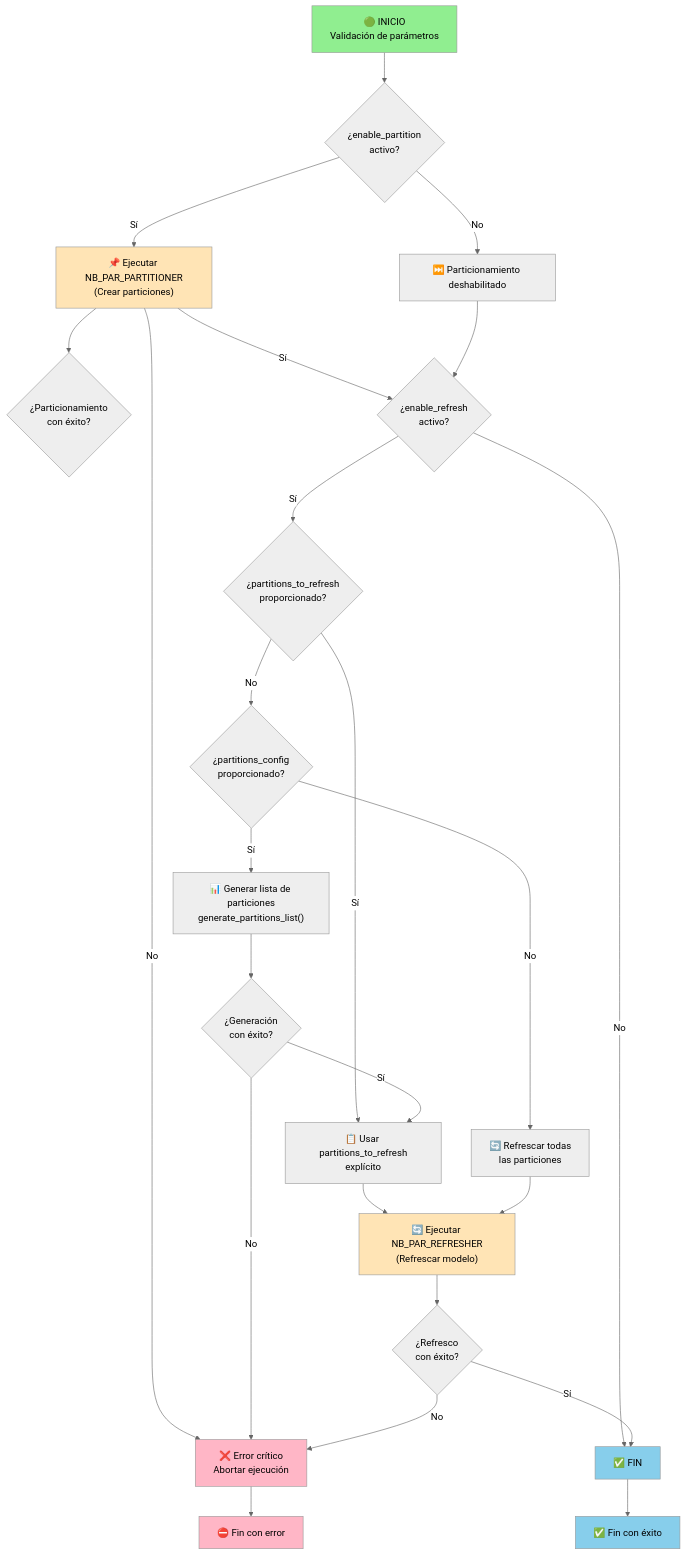
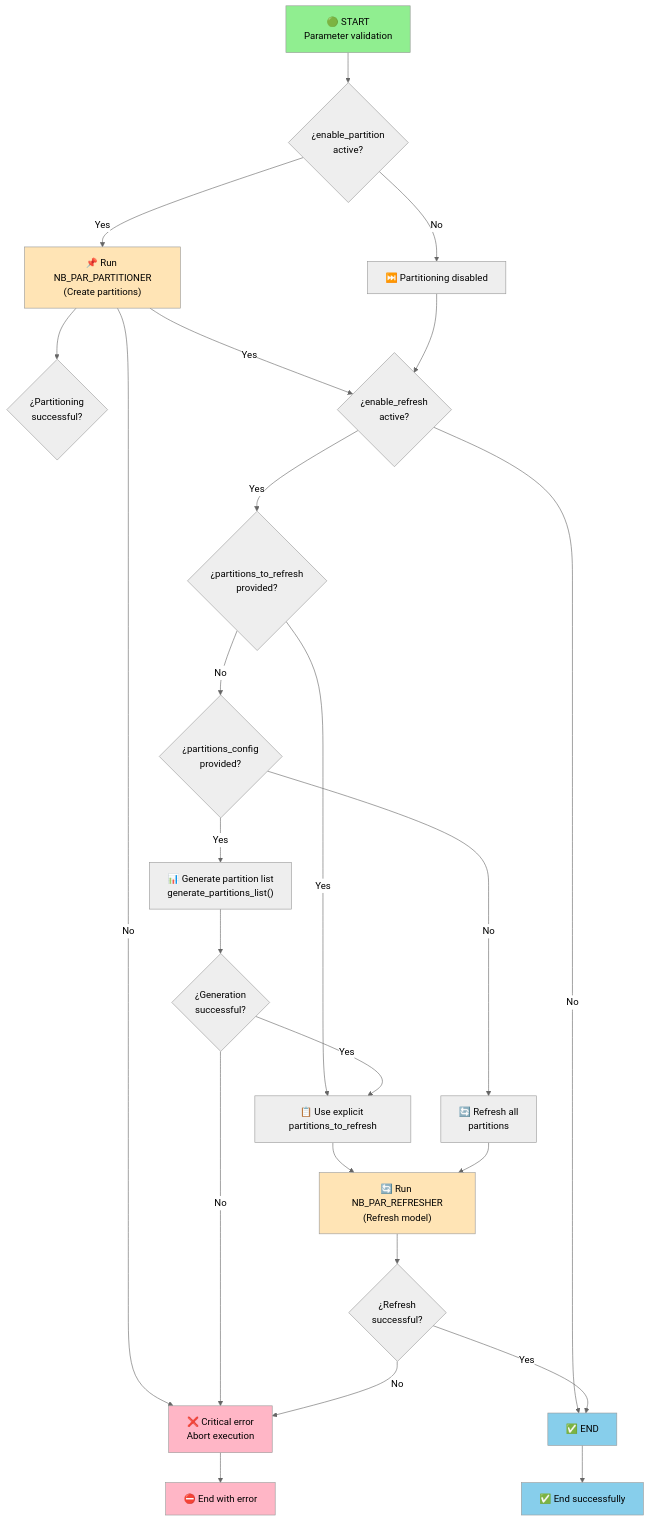
One commit to javendia/fabric-semantic-model-toolkit changed the diagram in src/REFRESHER/NB_PAR_ORCHESTRATOR.Notebook/README.md. Above: the diagram before and after it, drawn with Mermaid (neutral theme). The commit also changed other lines of this file and 14 other files, not shown here.

````diff
--- a/src/REFRESHER/NB_PAR_ORCHESTRATOR.Notebook/README.md
+++ b/src/REFRESHER/NB_PAR_ORCHESTRATOR.Notebook/README.md
@@ -84,33 +84,33 @@
 ```mermaid
 flowchart TD
-  A["🟢 INICIO<br/>Validación de parámetros"] --> B{¿enable_partition<br/>activo?}
-  B -->|Sí| C["📌 Ejecutar NB_PAR_PARTITIONER<br/>(Crear particiones)"]
-  B -->|No| D["⏭️ Particionamiento deshabilitado"]
-  C --> E{¿Particionamiento<br/>con éxito?}
-  C -->|No| X["❌ Error crítico<br/>Abortar ejecución"]
-  C -->|Sí| F{¿enable_refresh<br/>activo?}
+  A["🟢 START<br/>Parameter validation"] --> B{¿enable_partition<br/>active?}
+  B -->|Yes| C["📌 Run NB_PAR_PARTITIONER<br/>(Create partitions)"]
+  B -->|No| D["⏭️ Partitioning disabled"]
+  C --> E{¿Partitioning<br/>successful?}
+  C -->|No| X["❌ Critical error<br/>Abort execution"]
+  C -->|Yes| F{¿enable_refresh<br/>active?}
   D --> F
-  F -->|No| Z["✅ FIN<br/>"]
-  F -->|Sí| G{¿partitions_to_refresh<br/>proporcionado?}
-  G -->|Sí| H["📋 Usar partitions_to_refresh<br/>explícito"]
-  G -->|No| I{¿partitions_config<br/>proporcionado?}
-  I -->|Sí| J["📊 Generar lista de particiones<br/>generate_partitions_list()"]
-  I -->|No| K["🔄 Refrescar todas<br/>las particiones"]
-  J --> L{¿Generación<br/>con éxito?}
+  F -->|No| Z["✅ END<br/>"]
+  F -->|Yes| G{¿partitions_to_refresh<br/>provided?}
+  G -->|Yes| H["📋 Use explicit partitions_to_refresh"]
+  G -->|No| I{¿partitions_config<br/>provided?}
+  I -->|Yes| J["📊 Generate partition list<br/>generate_partitions_list()"]
+  I -->|No| K["🔄 Refresh all<br/>partitions"]
+  J --> L{¿Generation<br/>successful?}
   L -->|No| X
-  L -->|Sí| H
-  H --> N["🔄 Ejecutar NB_PAR_REFRESHER<br/>(Refrescar modelo)"]
+  L -->|Yes| H
+  H --> N["🔄 Run NB_PAR_REFRESHER<br/>(Refresh model)"]
   K --> N
-  N --> O{¿Refresco<br/>con éxito?}
+  N --> O{¿Refresh<br/>successful?}
   O -->|No| X
-  O -->|Sí| Z
-  X --> END["⛔ Fin con error"]
-  Z --> END2["✅ Fin con éxito"]
+  O -->|Yes| Z
+  X --> END["⛔ End with error"]
+  Z --> END2["✅ End successfully"]
   style A fill:#90EE90,color:#000
   style Z fill:#87CEEB,color:#000
   style END2 fill:#87CEEB,color:#000
   style X fill:#FFB6C6,color:#000
   style END fill:#FFB6C6,color:#000
   style C fill:#FFE4B5,color:#000
   style N fill:#FFE4B5,color:#000
 ```
````
